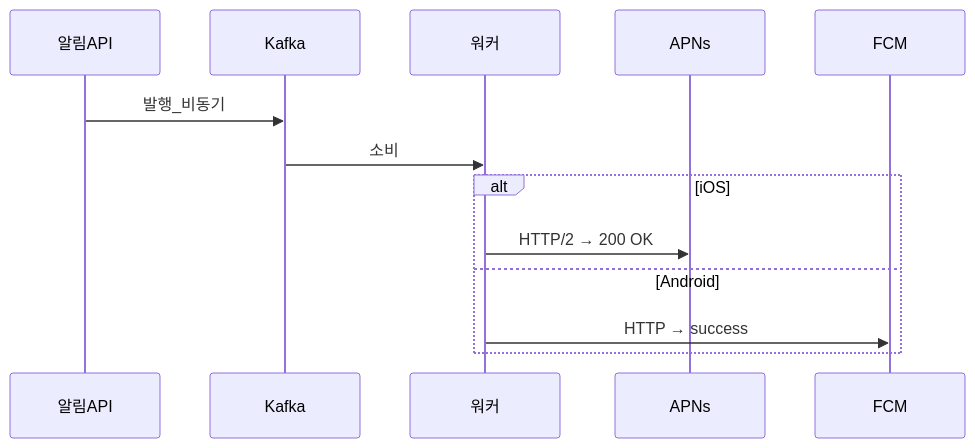
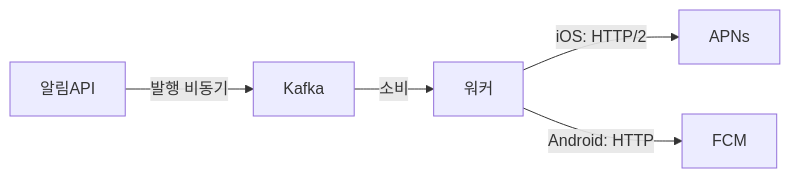
The second of 6 diagrams in _posts/systemdesign/2026-05-02-system-design-notification.md (yjkim2015/yjkim2015.github.io), drawn with Mermaid before and after one commit. The commit also changed other lines of this file and 84 other files, not shown here.

First line of the commit message:
85개 포스트 Mermaid 다이어그램 규칙 일괄 수정

````diff
--- a/_posts/systemdesign/2026-05-02-system-design-notification.md
+++ b/_posts/systemdesign/2026-05-02-system-design-notification.md
@@ -130,13 +130,7 @@
 ```mermaid
-sequenceDiagram
-    participant API as 알림API
-    participant K as Kafka
-    participant W as 워커
-    API->>K: 발행_비동기
-    K->>W: 소비
-    alt iOS
-    W->>APNs: HTTP/2 → 200 OK
-    else Android
-    W->>FCM: HTTP → success
-    end
+graph LR
+    A[알림API] -->|발행 비동기| B[Kafka]
+    B -->|소비| C[워커]
+    C -->|iOS: HTTP/2| D[APNs]
+    C -->|Android: HTTP| E[FCM]
 ```
````
